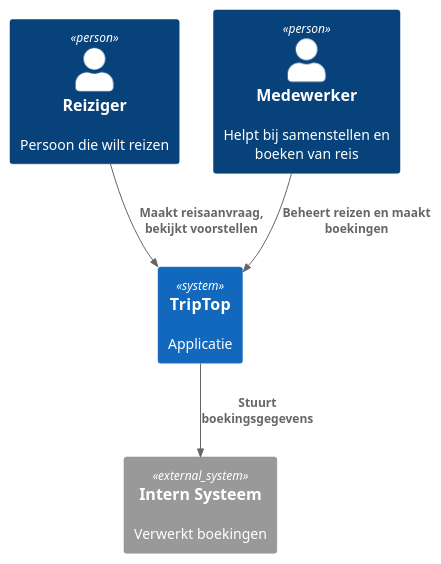
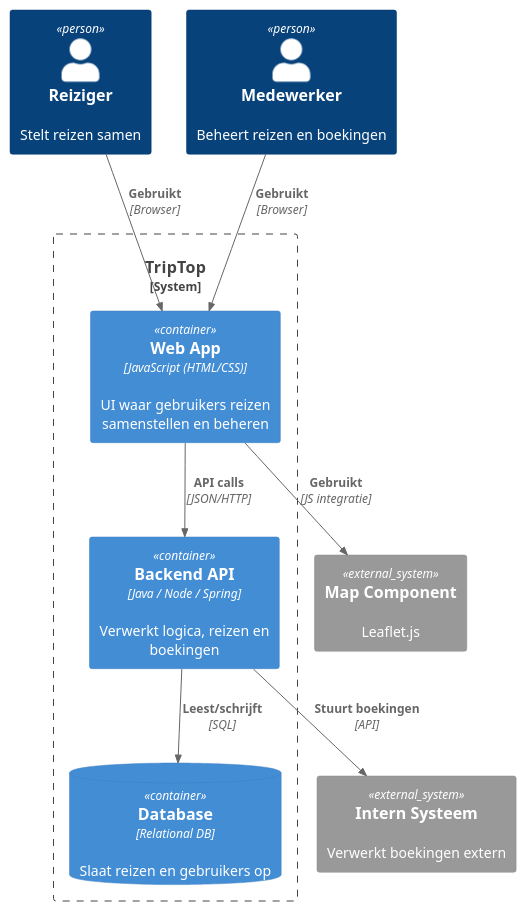
One commit to cedricdecool123/triptop-ITA-A-f-groep-5-main changed the diagram in triptop-ITA-A-f-groep-5-main/Eigen_werk/Cedric/Contextmap(v1).puml. Above: the diagram before and after it, drawn with PlantUML.

Commit message:
contextmap update

```diff
--- a/triptop-ITA-A-f-groep-5-main/Eigen_werk/Cedric/Contextmap(v1).puml
+++ b/triptop-ITA-A-f-groep-5-main/Eigen_werk/Cedric/Contextmap(v1).puml
@@ -1,15 +1,29 @@
 @startuml
-!include https://raw.githubusercontent.com/plantuml-stdlib/C4-PlantUML/master/C4_Context.puml
+!include https://raw.githubusercontent.com/plantuml-stdlib/C4-PlantUML/master/C4_Container.puml
 
-Person(reiziger, "Reiziger", "Persoon die wilt reizen")
-Person(medewerker, "Medewerker", "Helpt bij samenstellen en boeken van reis")
+Person(reiziger, "Reiziger", "Stelt reizen samen")
+Person(medewerker, "Medewerker", "Beheert reizen en boekingen")
 
-System(triptop, "TripTop", "Applicatie")
+System_Boundary(triptop, "TripTop") {
 
-System_Ext(intern, "Intern Systeem", "Verwerkt boekingen")
+    Container(frontend, "Web App", "JavaScript (HTML/CSS)", "UI waar gebruikers reizen samenstellen en beheren")
 
-Rel(reiziger, triptop, "Maakt reisaanvraag, bekijkt voorstellen")
-Rel(medewerker, triptop, "Beheert reizen en maakt boekingen")
-Rel(triptop, intern, "Stuurt boekingsgegevens")
+    Container(backend, "Backend API", "Java / Node / Spring", "Verwerkt logica, reizen en boekingen")
+
+    ContainerDb(database, "Database", "Relational DB", "Slaat reizen en gebruikers op")
+}
+
+System_Ext(leaflet, "Map Component", "Leaflet.js")
+
+System_Ext(intern, "Intern Systeem", "Verwerkt boekingen extern")
+
+Rel(reiziger, frontend, "Gebruikt", "Browser")
+Rel(medewerker, frontend, "Gebruikt", "Browser")
+
+Rel(frontend, leaflet, "Gebruikt", "JS integratie")
+Rel(frontend, backend, "API calls", "JSON/HTTP")
+
+Rel(backend, database, "Leest/schrijft", "SQL")
+Rel(backend, intern, "Stuurt boekingen", "API")
 
 @enduml
```
